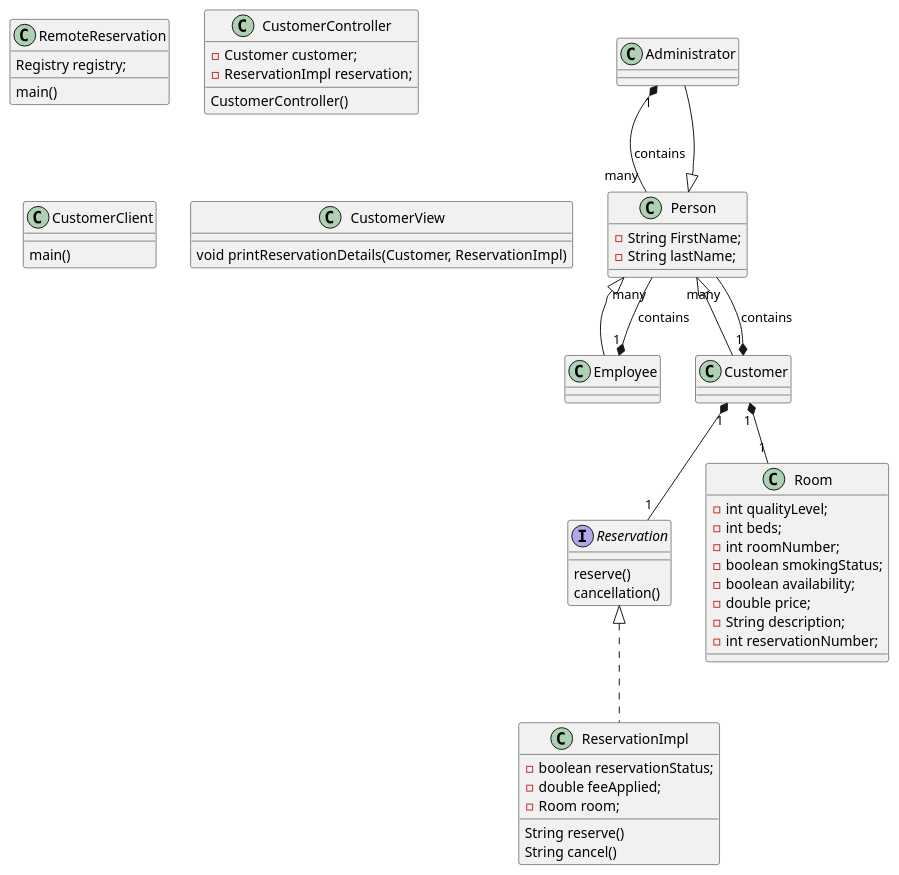
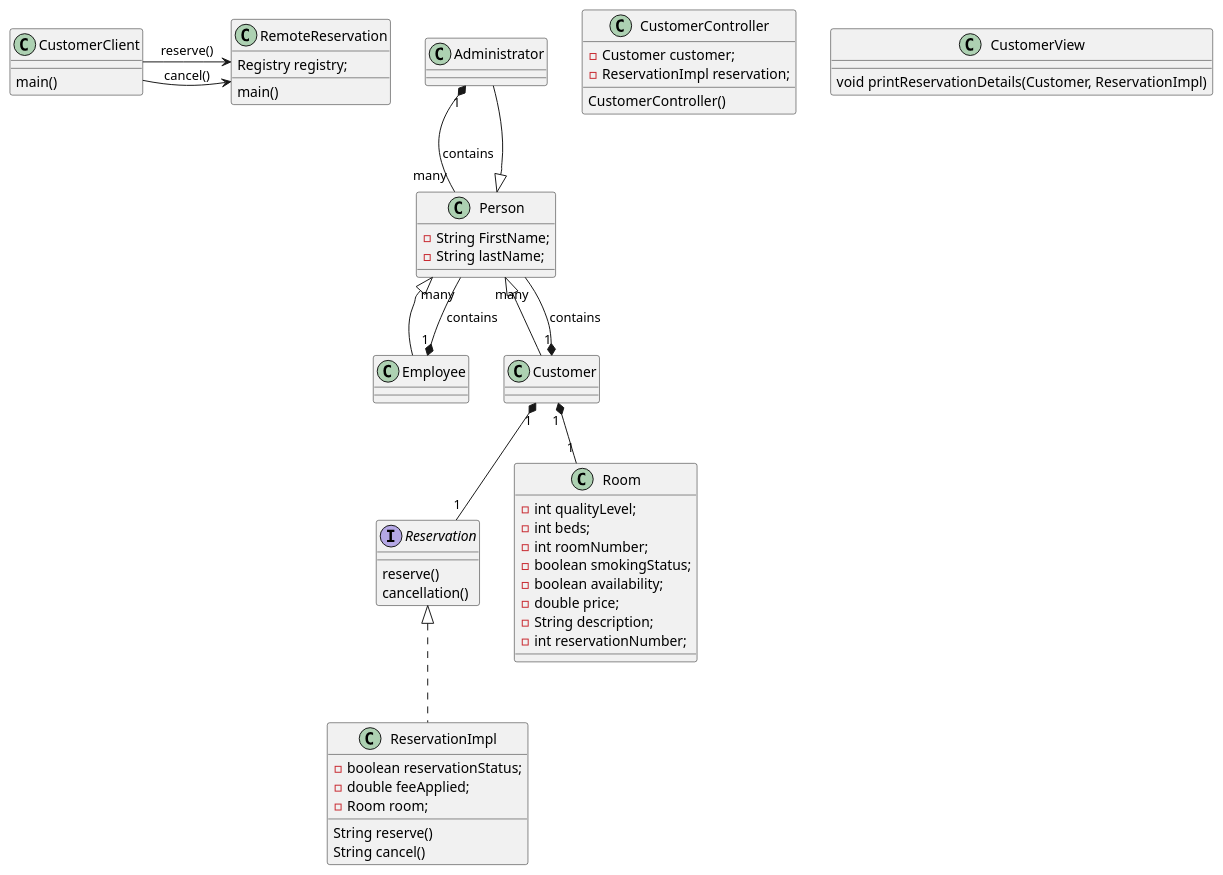
Before and after one commit to sdliv/hotelRservations: the diagram in src/HotelSequence.puml, drawn with PlantUML. The commit also changed 6 other files, not shown here.

Commit message:
Adds README.md and RMI-Demonstration.png.  Updates HotelUMLDiagram.png.

```diff
--- a/src/HotelSequence.puml
+++ b/src/HotelSequence.puml
@@ -1,67 +1,70 @@
 @startuml
 
 class Administrator extends Person {
 
 }
 
 class Person {
   -String FirstName;
   -String lastName;
 }
 
 class Employee extends Person {
 }
 
 class Customer extends Person {
 
 }
 
 interface Reservation {
   reserve()
   cancellation()
 }
 
 class Room {
   -int qualityLevel;
   -int beds;
   -int roomNumber;
   -boolean smokingStatus;
   -boolean availability;
   -double price;
   -String description;
   -int reservationNumber;
 }
 
 class ReservationImpl implements Reservation {
   -boolean reservationStatus;
   -double feeApplied;
   -Room room;
   String reserve()
   String cancel()
 }
 
 class RemoteReservation {
   Registry registry;
   main()
 }
 
 class CustomerController {
   - Customer customer;
   - ReservationImpl reservation;
   CustomerController()
 }
 
 class CustomerClient {
   main()
 }
 
 class CustomerView {
   void printReservationDetails(Customer, ReservationImpl)
 }
 
+
+CustomerClient -> RemoteReservation: reserve()
+CustomerClient -> RemoteReservation: cancel()
 Administrator "1" *-- "many" Person : contains
 Employee "1" *-- "many" Person : contains
 Customer "1" *-- "many" Person : contains
 Customer "1" *-- "1" Room
 Customer "1" *-- "1" Reservation
 @enduml
```
